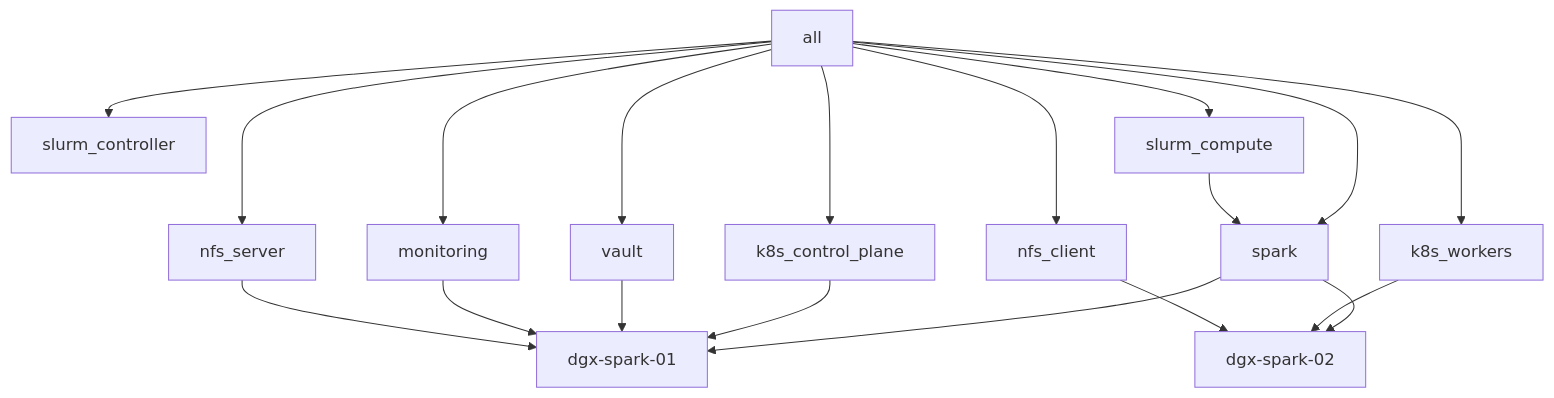
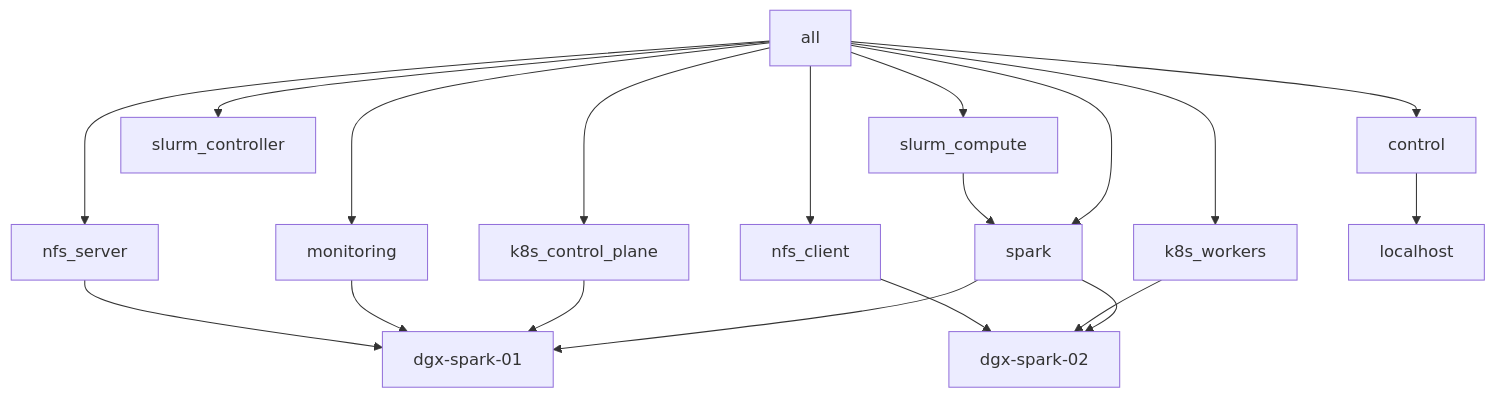
Before and after one commit to cloudone365/technical-depth: the second of 2 diagrams in 01 Ansible/01-ansible-core-deep-dive.md, drawn with Mermaid. The commit also changed other lines of this file and 37 other files, not shown here.

First line of the commit message:
Docs: Semaphore + vault01 management plane, dgx-spark-01 as a target

````diff
--- a/01 Ansible/01-ansible-core-deep-dive.md
+++ b/01 Ansible/01-ansible-core-deep-dive.md
@@ -65,13 +70,13 @@
 ```mermaid
 flowchart TB
   all --> spark
-  all --> k8s_control_plane & k8s_workers & slurm_controller & slurm_compute & vault & monitoring & nfs_server & nfs_client
+  all --> control & k8s_control_plane & k8s_workers & slurm_controller & slurm_compute & monitoring & nfs_server & nfs_client
+  control --> lh[localhost]
   spark --> s1[dgx-spark-01] & s2[dgx-spark-02]
   k8s_control_plane --> s1
   k8s_workers --> s2
   slurm_compute --> spark
-  vault --> s1
   monitoring --> s1
   nfs_server --> s1
   nfs_client --> s2
 ```
````
